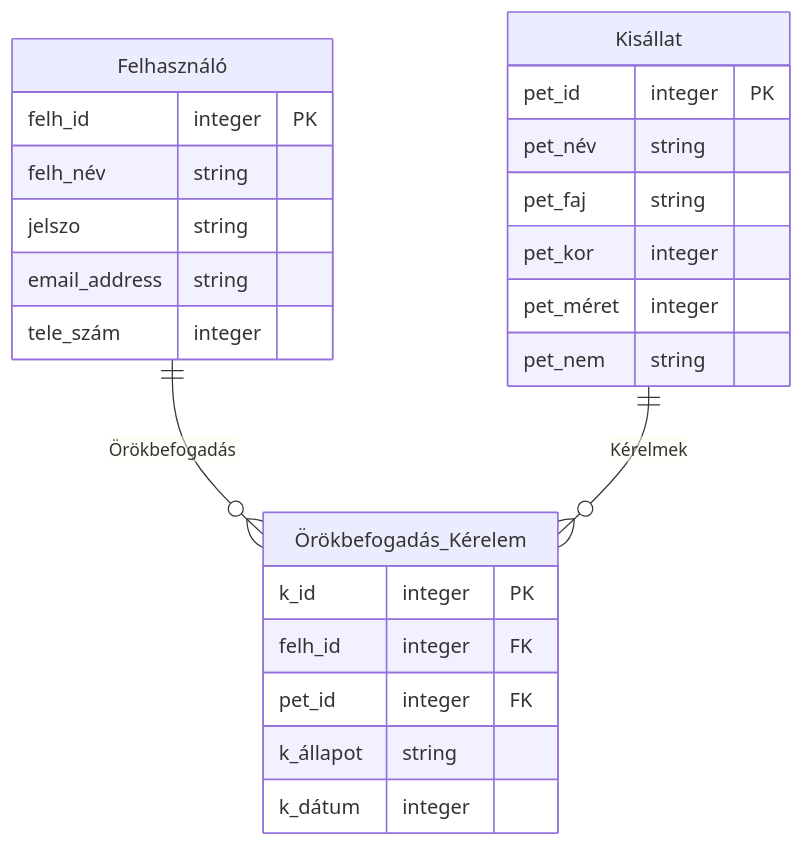
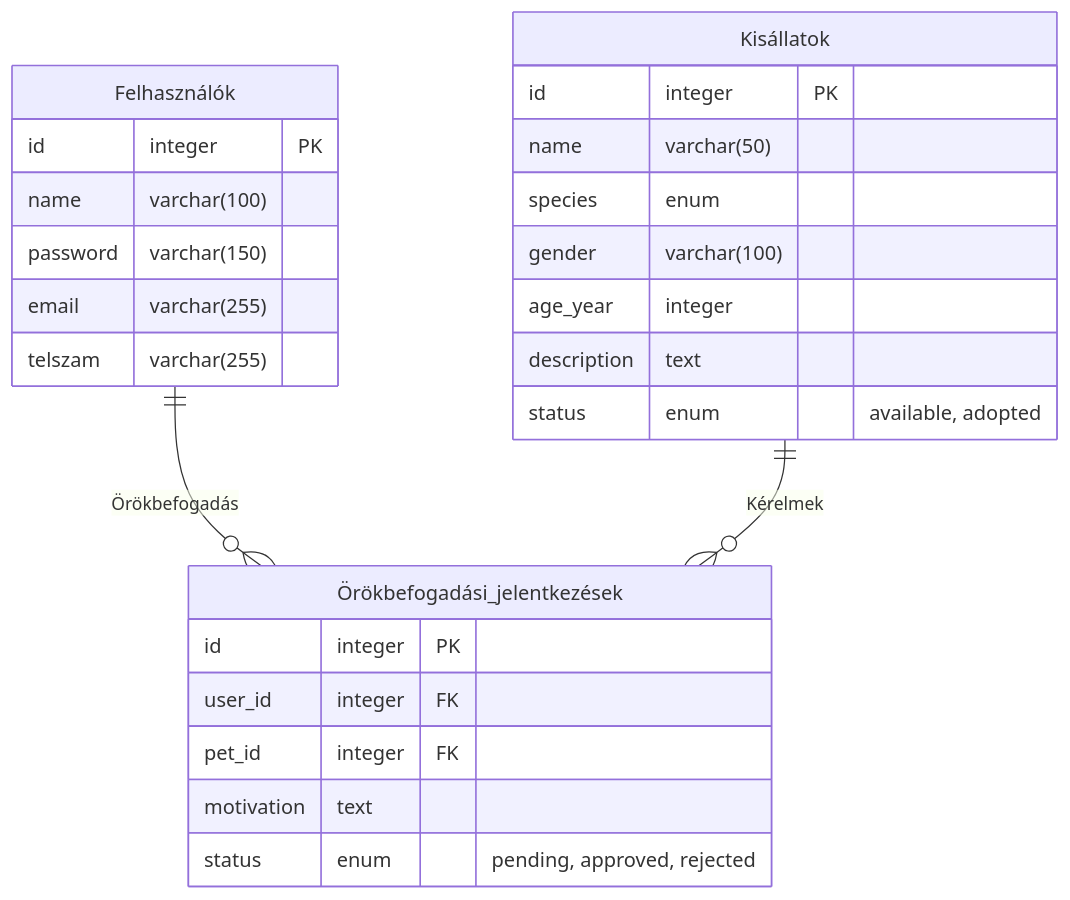
Before and after one commit to SzaboPatricia/rendszerfejlesztes_2026_f: the diagram in docs/ER_Diagram.mmd, drawn with Mermaid.

Commit message:
Refactor ER diagram with updated entity names and fields

```diff
--- a/docs/ER_Diagram.mmd
+++ b/docs/ER_Diagram.mmd
@@ -1,29 +1,30 @@
 erDiagram
 
-    Felhasználó{
-        felh_id integer PK
-        felh_név string
-        jelszo string
-        email_address string
-        tele_szám integer
+    Felhasználók{
+        id integer PK
+        name varchar(100)
+        password varchar(150)
+        email varchar(255)
+        telszam varchar(255)
     }
 
-    Kisállat{
-        pet_id integer PK
-        pet_név string
-        pet_faj string
-        pet_kor integer
-        pet_méret integer
-        pet_nem string
+    Kisállatok{
+        id integer PK
+        name varchar(50)
+        species enum
+        gender varchar(100)
+        age_year integer
+        description text
+        status enum "available, adopted"
     }
 
-    Örökbefogadás_Kérelem{
-        k_id integer PK
-        felh_id integer FK
+    Örökbefogadási_jelentkezések{
+        id integer PK
+        user_id integer FK
         pet_id integer FK
-        k_állapot string
-        k_dátum integer
+        motivation text
+        status enum "pending, approved, rejected"
     }
 
-        Felhasználó ||--o{ Örökbefogadás_Kérelem :Örökbefogadás
-        Kisállat ||--o{ Örökbefogadás_Kérelem : Kérelmek
+        Felhasználók ||--o{ Örökbefogadási_jelentkezések :Örökbefogadás
+        Kisállatok ||--o{ Örökbefogadási_jelentkezések : Kérelmek
```
